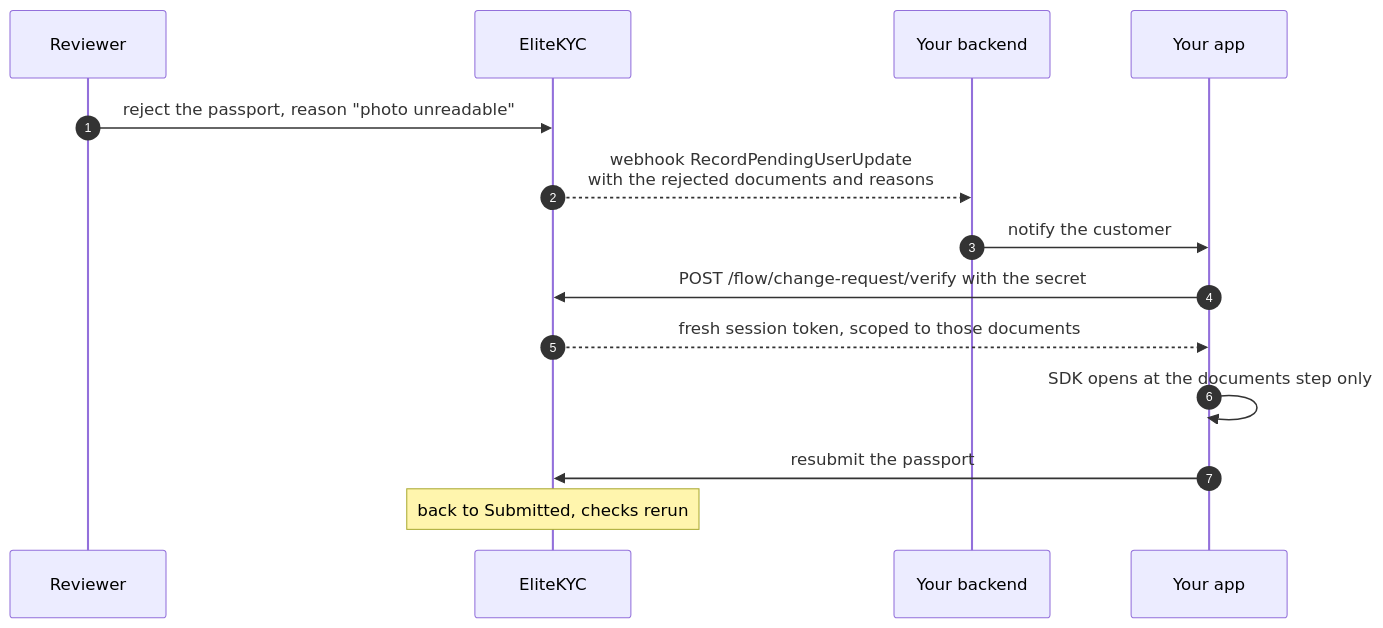
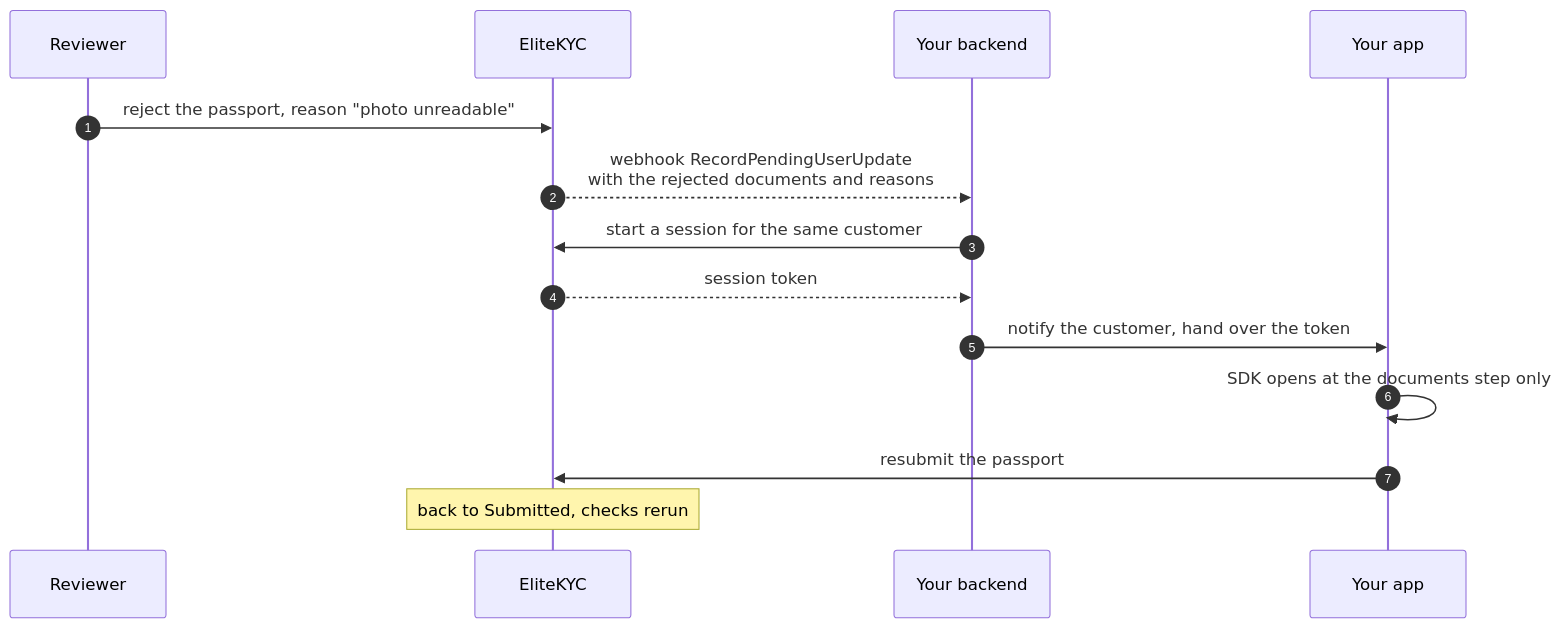
Before and after one commit to elitesoftiq/elitekyc_docs: the fourth of 6 diagrams in docs/overview/how-it-works.md, drawn with Mermaid. The commit also changed 9 other files, not shown here.

````diff
--- a/docs/overview/how-it-works.md
+++ b/docs/overview/how-it-works.md
@@ -126,17 +126,17 @@
 ```mermaid
 sequenceDiagram
     autonumber
     participant Rev as Reviewer
     participant API as EliteKYC
     participant You as Your backend
     participant App as Your app
 
     Rev->>API: reject the passport, reason "photo unreadable"
     API-->>You: webhook RecordPendingUserUpdate<br/>with the rejected documents and reasons
-    You->>App: notify the customer
-    App->>API: POST /flow/change-request/verify with the secret
-    API-->>App: fresh session token, scoped to those documents
+    You->>API: start a session for the same customer
+    API-->>You: session token
+    You->>App: notify the customer, hand over the token
     App->>App: SDK opens at the documents step only
     App->>API: resubmit the passport
     Note over API: back to Submitted, checks rerun
 ```
````
